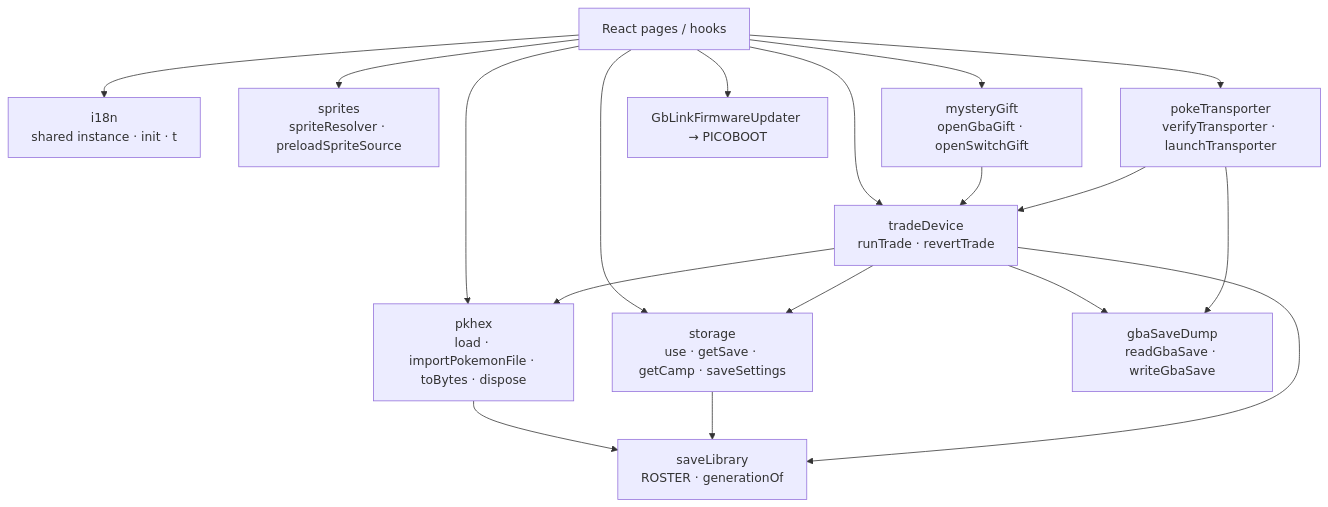
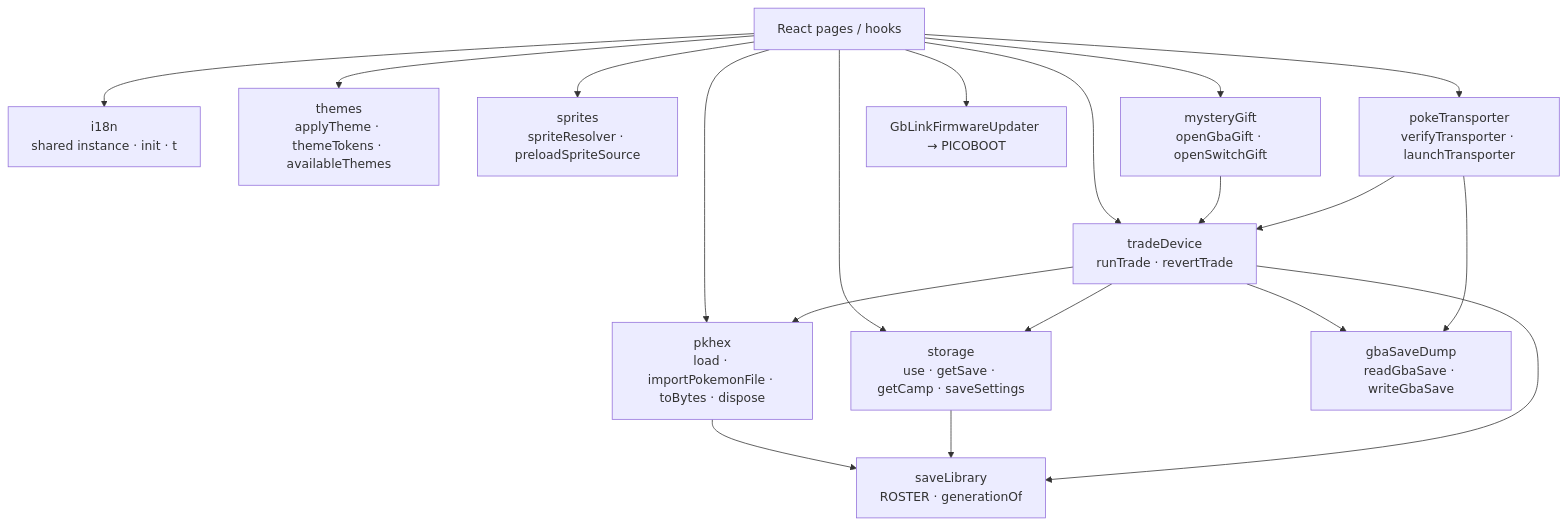
Before and after one commit to MercuryEnigma/pkcamp: the diagram in src/services/ARCHITECTURE.md, drawn with Mermaid. The commit also changed other lines of this file and 53 other files, not shown here.

````diff
--- a/src/services/ARCHITECTURE.md
+++ b/src/services/ARCHITECTURE.md
@@ -17,18 +18,19 @@
 ```mermaid
 flowchart TB
   UI["React pages / hooks"] --> PK["pkhex<br/>load · importPokemonFile · toBytes · dispose"]
   UI --> I18n["i18n<br/>shared instance · init · t"]
+  UI --> Themes["themes<br/>applyTheme · themeTokens · availableThemes"]
   UI --> Sprite["sprites<br/>spriteResolver · preloadSpriteSource"]
   UI --> Store["storage<br/>use · getSave · getCamp · saveSettings"]
   UI --> Trade["tradeDevice<br/>runTrade · revertTrade"]
   Trade --> PK
   Trade --> Store
   Trade --> GBA["gbaSaveDump<br/>readGbaSave · writeGbaSave"]
   UI --> Gifts["mysteryGift<br/>openGbaGift · openSwitchGift"]
   Gifts --> Trade
   UI --> Launch["pokeTransporter<br/>verifyTransporter · launchTransporter"]
   Launch --> Trade
   Launch --> GBA
   UI --> Firmware["GbLinkFirmwareUpdater → PICOBOOT"]
   PK & Store & Trade --> Roster["saveLibrary<br/>ROSTER · generationOf"]
 ```
````
